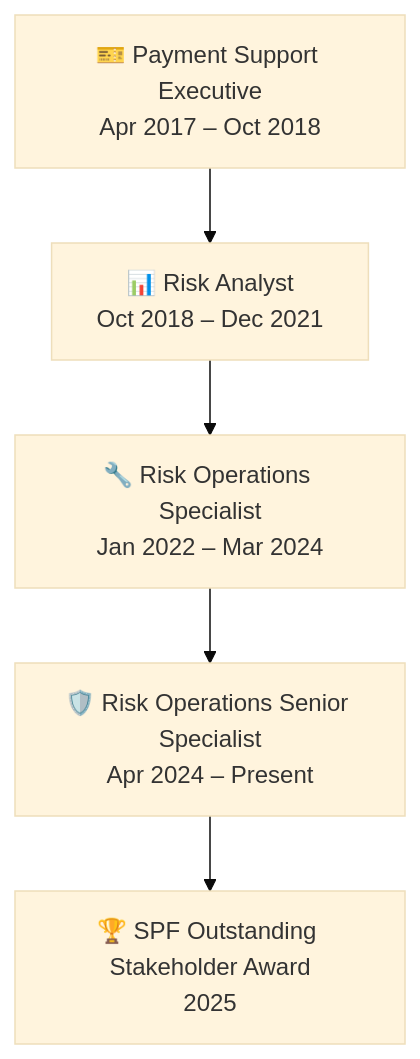
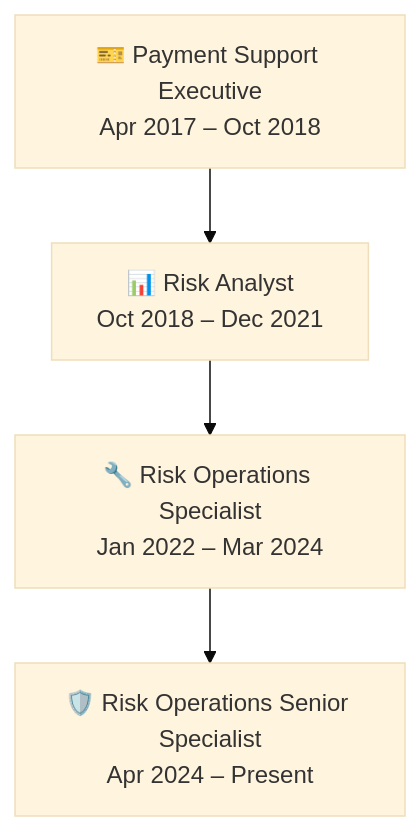
The diagram in 00-Introduction/Career-Journey.md (kaliswaryramish/fraud-operations-lab), drawn with Mermaid (base theme) before and after one commit.

````diff
--- a/00-Introduction/Career-Journey.md
+++ b/00-Introduction/Career-Journey.md
@@ -7,7 +7,6 @@
 ```mermaid
 graph TD
     A["🎫 Payment Support Executive<br/>Apr 2017 – Oct 2018"] --> B["📊 Risk Analyst<br/>Oct 2018 – Dec 2021"]
     B --> C["🔧 Risk Operations Specialist<br/>Jan 2022 – Mar 2024"]
     C --> D["🛡️ Risk Operations Senior Specialist<br/>Apr 2024 – Present"]
-    D --> E["🏆 SPF Outstanding Stakeholder Award<br/>2025"]
 ```
````
